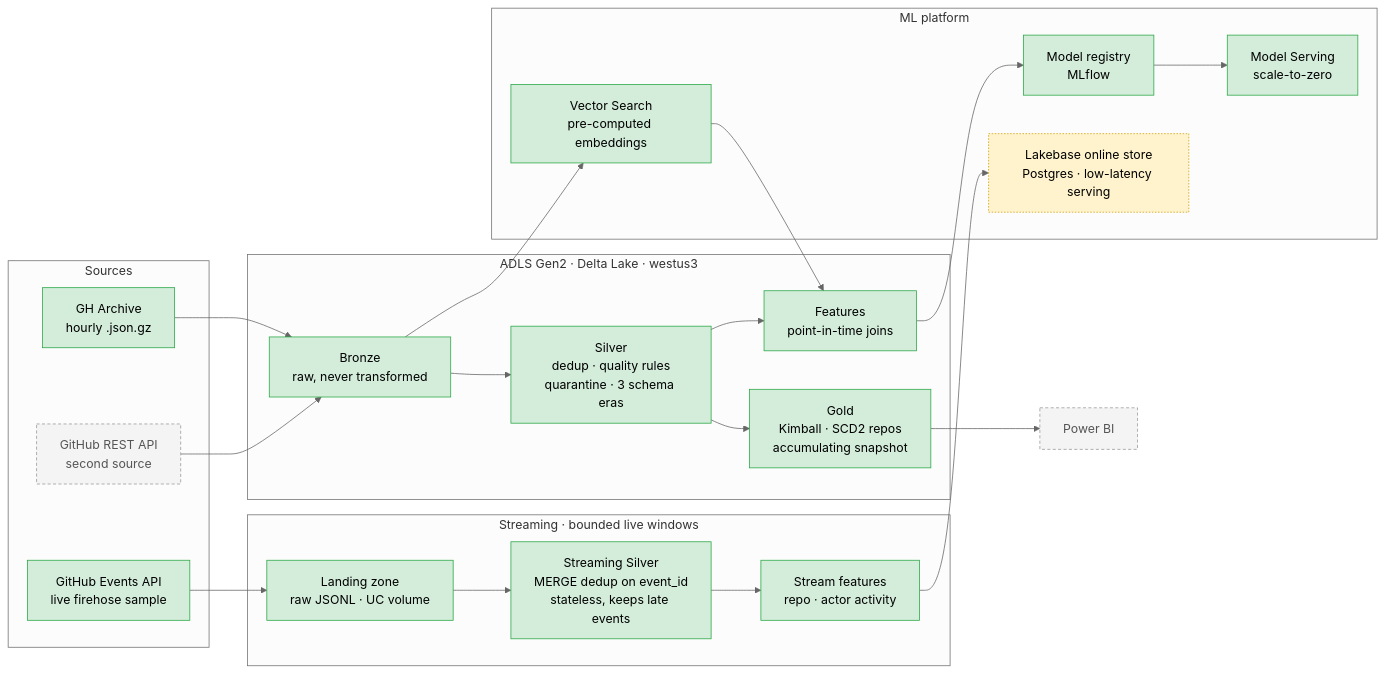
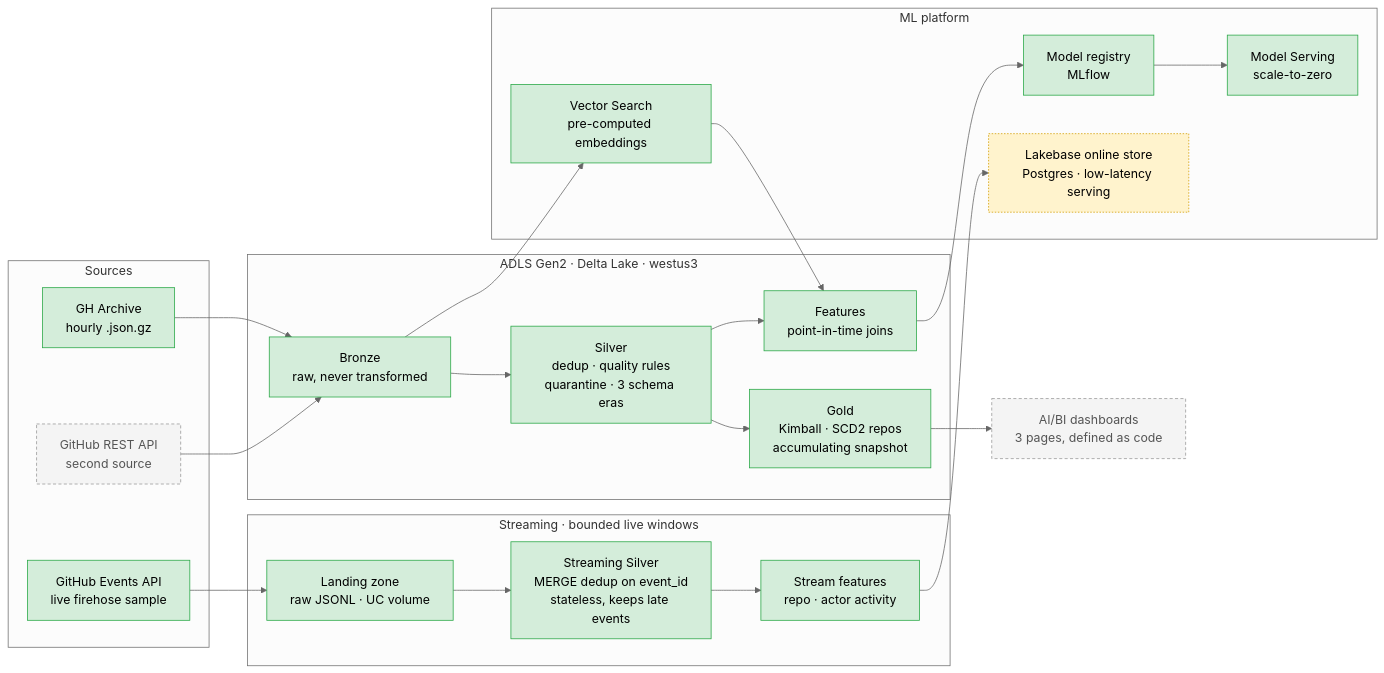
The diagram in README.md (bsreecharanreddy/almanac), drawn with Mermaid (neutral theme) before and after one commit. The commit also changed other lines of this file and 4 other files, not shown here.

````diff
--- a/README.md
+++ b/README.md
@@ -184,46 +184,46 @@
 ```mermaid
 flowchart LR
   subgraph src[Sources]
     GHA[GH Archive<br/>hourly .json.gz]
     API[GitHub REST API<br/>second source]
     EV[GitHub Events API<br/>live firehose sample]
   end
 
   subgraph lake[ADLS Gen2 · Delta Lake · westus3]
     B[Bronze<br/>raw, never transformed]
     S[Silver<br/>dedup · quality rules<br/>quarantine · 3 schema eras]
     G[Gold<br/>Kimball · SCD2 repos<br/>accumulating snapshot]
     F[Features<br/>point-in-time joins]
   end
 
   subgraph stream[Streaming · bounded live windows]
     L[Landing zone<br/>raw JSONL · UC volume]
     SS[Streaming Silver<br/>MERGE dedup on event_id<br/>stateless, keeps late events]
     SF[Stream features<br/>repo · actor activity]
   end
 
   subgraph ml[ML platform]
     R[Model registry<br/>MLflow]
     E[Model Serving<br/>scale-to-zero]
     V[Vector Search<br/>pre-computed embeddings]
     O[Lakebase online store<br/>Postgres · low-latency serving]
   end
 
   GHA --> B
   API --> B
   B --> S
   S --> G
   S --> F
-  G --> BI[Power BI]
+  G --> BI[AI/BI dashboards<br/>3 pages, defined as code]
   F --> R --> E
   B --> V
   V --> F
   EV --> L --> SS --> SF --> O
 
   classDef done fill:#d4edda,stroke:#28a745,color:#000
   classDef todo fill:#f4f4f4,stroke:#999,color:#555,stroke-dasharray:4 3
   classDef gone fill:#fff3cd,stroke:#d39e00,color:#000,stroke-dasharray:2 2
   class GHA,B,S,G,F,R,E,V,EV,L,SS,SF done
   class API,BI todo
   class O gone
 ```
````
